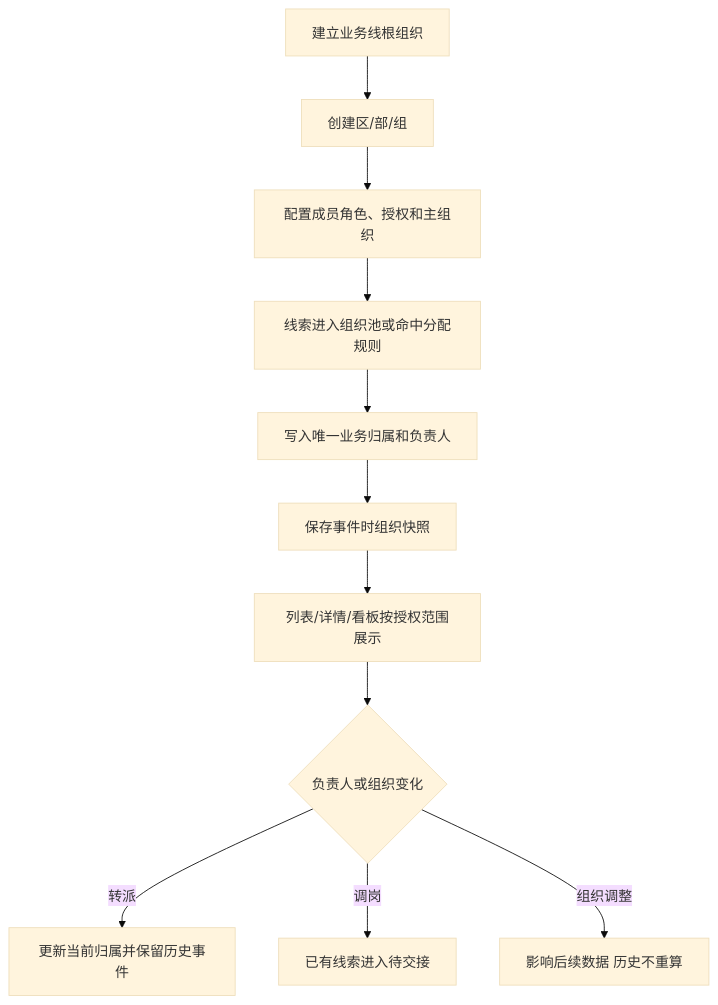
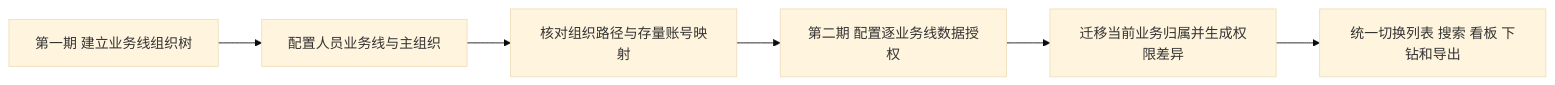
One commit to h3-ai-lab/hhhprd changed the diagram in projects/crm-org-data-permissions/prd/PRD.md. Above: the diagram before and after it, drawn with Mermaid (base theme). The commit also changed other lines of this file and 57 other files, not shown here.

````diff
--- a/projects/crm-org-data-permissions/prd/PRD.md
+++ b/projects/crm-org-data-permissions/prd/PRD.md
@@ -72,13 +64,8 @@
 ```mermaid
-flowchart TD
-    A[建立业务线根组织] --> B[创建区/部/组]
-    B --> C[配置成员角色、授权和主组织]
-    C --> D[线索进入组织池或命中分配规则]
-    D --> E[写入唯一业务归属和负责人]
-    E --> F[保存事件时组织快照]
-    F --> G[列表/详情/看板按授权范围展示]
-    G --> H{负责人或组织变化}
-    H -->|转派| I[更新当前归属并保留历史事件]
-    H -->|调岗| J[已有线索进入待交接]
-    H -->|组织调整| K[影响后续数据 历史不重算]
+flowchart LR
+    A[第一期 建立业务线组织树] --> B[配置人员业务线与主组织]
+    B --> C[核对组织路径与存量账号映射]
+    C --> D[第二期 配置逐业务线数据授权]
+    D --> E[迁移当前业务归属并生成权限差异]
+    E --> F[统一切换列表 搜索 看板 下钻和导出]
 ```
````
